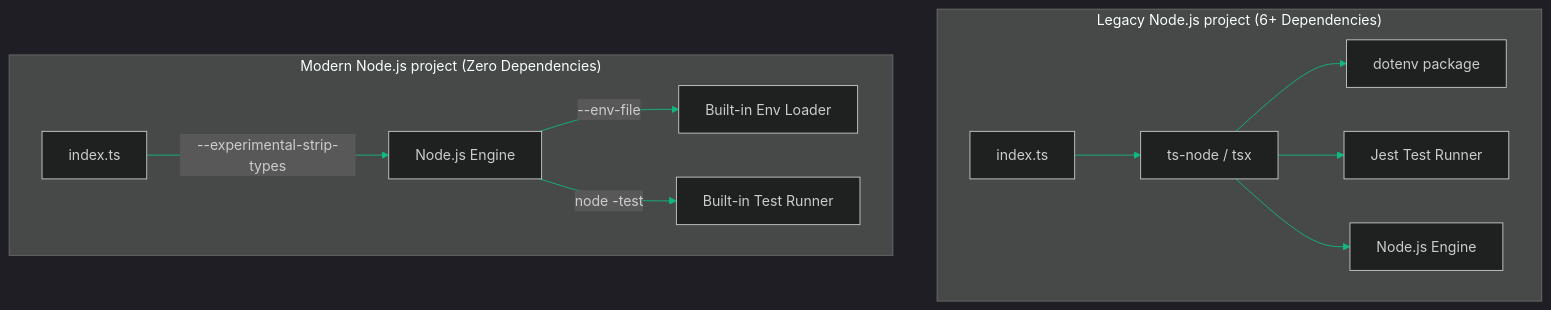
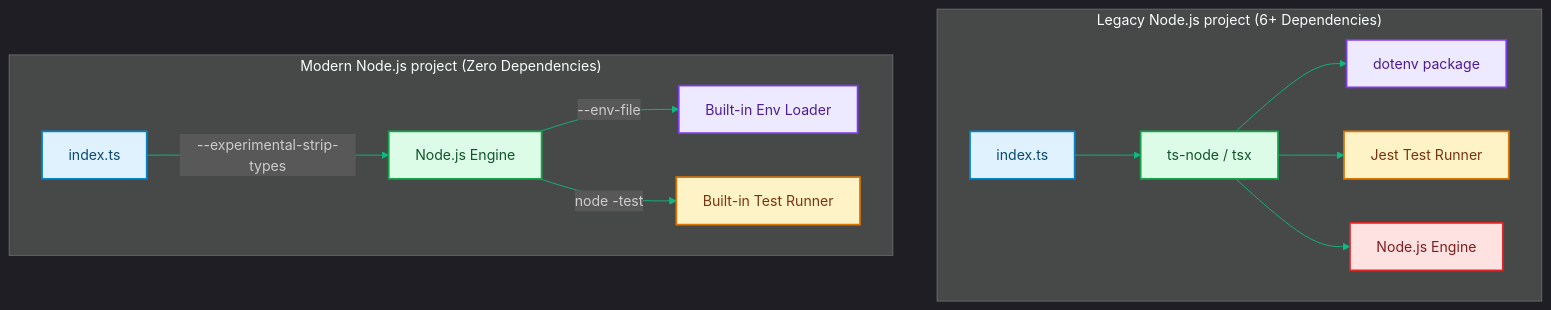
Before and after one commit to akmalkhaniub/akmalkhaniub.github.io: the diagram in blog/posts/nodejs-native-evolution-tooling.md, drawn with Mermaid. The commit also changed other lines of this file and 1291 other files, not shown here.

First line of the commit message:
feat(catalog): unique covers, scholarly references, and diagram palettes

````diff
--- a/blog/posts/nodejs-native-evolution-tooling.md
+++ b/blog/posts/nodejs-native-evolution-tooling.md
@@ -18,16 +18,27 @@
 ```mermaid
 %%{init: {'theme': 'dark', 'themeVariables': { 'primaryColor': '#10b981', 'primaryTextColor': '#f3f4f6', 'primaryBorderColor': '#34d399', 'lineColor': '#10b981', 'secondaryColor': '#111827', 'tertiaryColor': '#0b0f19'}}}%%
 flowchart TD
     subgraph SG1_LegacyNodeJs ["Legacy Node.js project (6+ Dependencies)"]
-        SourceOld[index.ts] --> tsnode[ts-node / tsx]
-        tsnode --> dotenv[dotenv package]
-        tsnode --> jest[Jest Test Runner]
-        tsnode --> NodeRuntimeOld[Node.js Engine]
+        SourceOld["index.ts"] --> tsnode["ts-node / tsx"]
+        tsnode --> dotenv["dotenv package"]
+        tsnode --> jest["Jest Test Runner"]
+        tsnode --> NodeRuntimeOld["Node.js Engine"]
     end
 
     subgraph SG2_ModernNodeJs ["Modern Node.js project (Zero Dependencies)"]
-        SourceNew[index.ts] -->|--experimental-strip-types| NodeRuntimeNew[Node.js Engine]
-        NodeRuntimeNew -->|--env-file| EnvLoader[Built-in Env Loader]
-        NodeRuntimeNew -->|node -test| TestRunner[Built-in Test Runner]
+        SourceNew["index.ts"] -->|--experimental-strip-types| NodeRuntimeNew["Node.js Engine"]
+        NodeRuntimeNew -->|--env-file| EnvLoader["Built-in Env Loader"]
+        NodeRuntimeNew -->|node -test| TestRunner["Built-in Test Runner"]
     end
+
+classDef green fill:#dcfce7,stroke:#16a34a,stroke-width:2px,color:#14532d;
+classDef red fill:#fee2e2,stroke:#dc2626,stroke-width:2px,color:#7f1d1d;
+classDef blue fill:#e0f2fe,stroke:#0284c7,stroke-width:2px,color:#0c4a6e;
+classDef yellow fill:#fef3c7,stroke:#d97706,stroke-width:2px,color:#78350f;
+classDef purple fill:#ede9fe,stroke:#7c3aed,stroke-width:2px,color:#4c1d95;
+class SourceOld,SourceNew blue
+class tsnode,NodeRuntimeNew green
+class dotenv,EnvLoader purple
+class jest,TestRunner yellow
+class NodeRuntimeOld red
 ```
````
